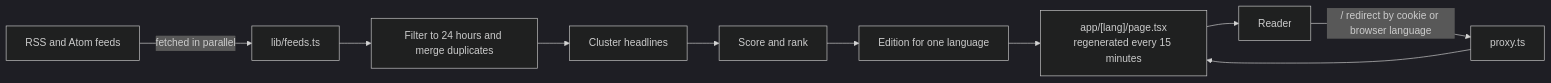
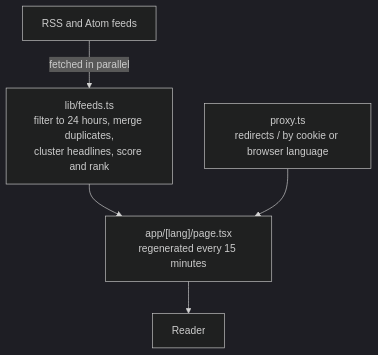
The diagram in README.md (Hakimi404/Tech_Blogs), drawn with Mermaid (dark theme) before and after one commit.

Commit message:
docs: make the architecture diagram readable

````diff
--- a/README.md
+++ b/README.md
@@ -34,12 +34,7 @@
 ```mermaid
-flowchart LR
-    F[RSS and Atom feeds] -->|fetched in parallel| P[lib/feeds.ts]
-    P --> D[Filter to 24 hours and merge duplicates]
-    D --> C[Cluster headlines]
-    C --> R[Score and rank]
-    R --> E[Edition for one language]
-    E --> S["app/[lang]/page.tsx<br/>regenerated every 15 minutes"]
+flowchart TD
+    F[RSS and Atom feeds] -->|fetched in parallel| P["lib/feeds.ts<br/>filter to 24 hours, merge duplicates,<br/>cluster headlines, score and rank"]
+    P --> S["app/[lang]/page.tsx<br/>regenerated every 15 minutes"]
     S --> B[Reader]
-    B -->|"/ redirect by cookie or browser language"| X[proxy.ts]
-    X --> S
+    X["proxy.ts<br/>redirects / by cookie or browser language"] --> S
 ```
````
